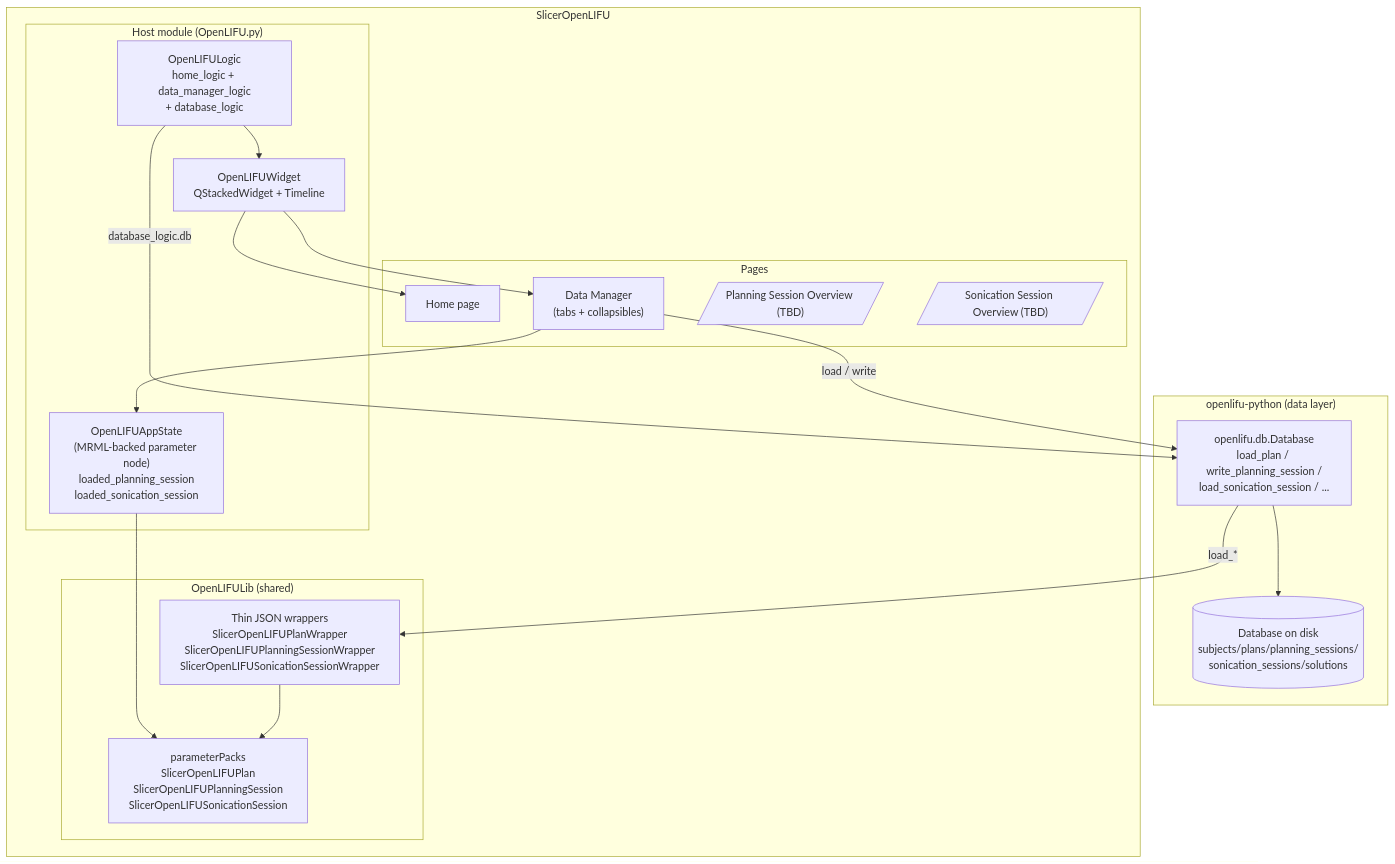
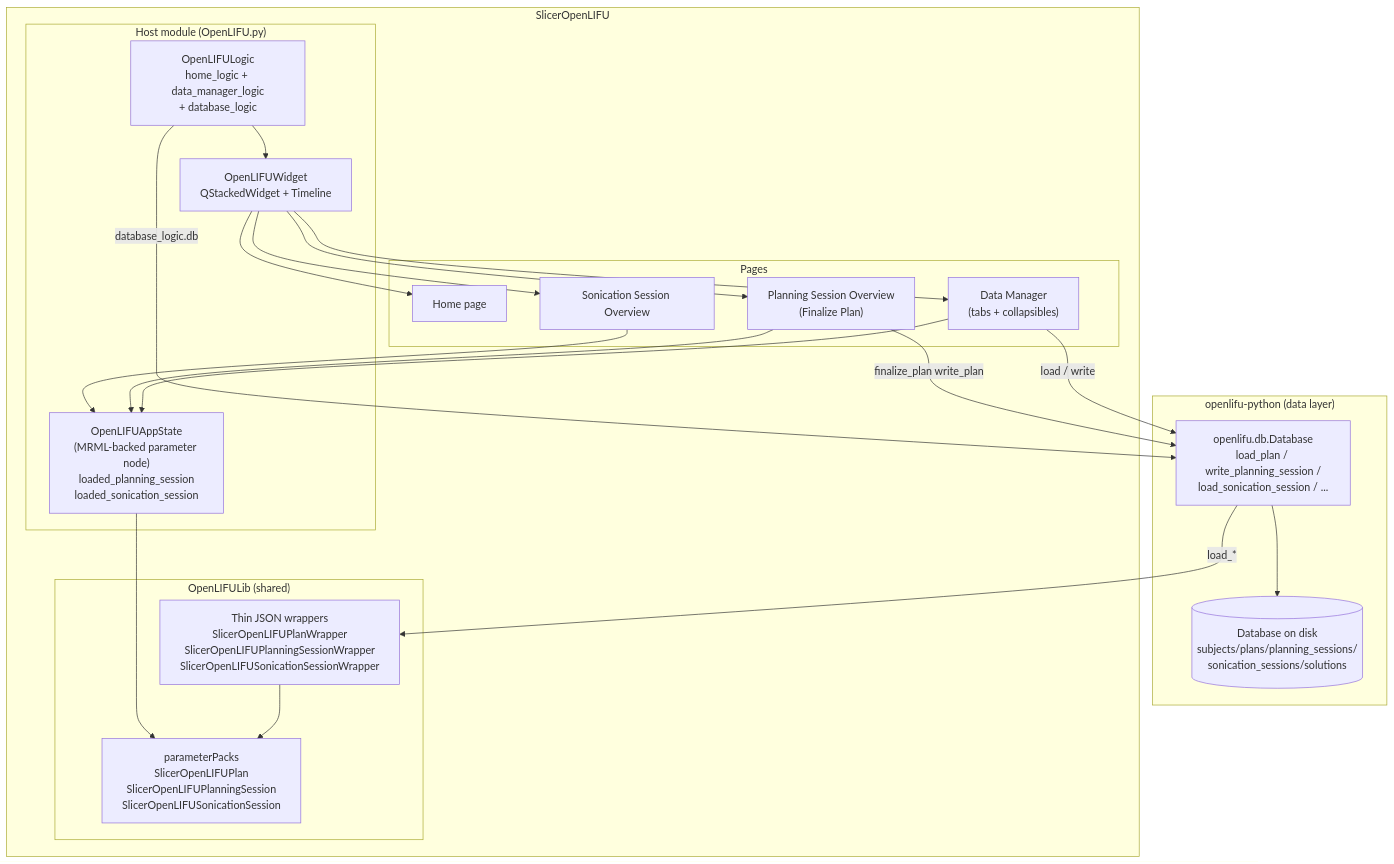
Before and after one commit to OpenwaterHealth/SlicerOpenLIFU: the first of 4 diagrams in docs/architecture.md, drawn with Mermaid. The commit also changed other lines of this file and 10 other files, not shown here.

First line of the commit message:
Add Planning + Sonication Session Overview pages + Finalize Plan (#633)

````diff
--- a/docs/architecture.md
+++ b/docs/architecture.md
@@ -38,38 +38,43 @@
 ```mermaid
 flowchart TB
     subgraph OP["openlifu-python (data layer)"]
       DB[(Database on disk<br/>subjects/plans/planning_sessions/<br/>sonication_sessions/solutions)]
       DBAPI["openlifu.db.Database<br/>load_plan / write_planning_session /<br/>load_sonication_session / ..."]
       DBAPI --> DB
     end
 
     subgraph SO["SlicerOpenLIFU"]
       subgraph LIB["OpenLIFULib (shared)"]
         WRAPPERS["Thin JSON wrappers<br/>SlicerOpenLIFUPlanWrapper<br/>SlicerOpenLIFUPlanningSessionWrapper<br/>SlicerOpenLIFUSonicationSessionWrapper"]
         PACKS["parameterPacks<br/>SlicerOpenLIFUPlan<br/>SlicerOpenLIFUPlanningSession<br/>SlicerOpenLIFUSonicationSession"]
         WRAPPERS --> PACKS
       end
 
       subgraph HOST["Host module (OpenLIFU.py)"]
         HOSTLOGIC["OpenLIFULogic<br/>home_logic + data_manager_logic<br/>+ database_logic"]
         HOSTWIDGET["OpenLIFUWidget<br/>QStackedWidget + Timeline"]
         APPSTATE["OpenLIFUAppState<br/>(MRML-backed parameter node)<br/>loaded_planning_session<br/>loaded_sonication_session"]
       end
 
       subgraph PAGES["Pages"]
         HOME["Home page"]
         DATAMGR["Data Manager<br/>(tabs + collapsibles)"]
-        PSO[/"Planning Session Overview (TBD)"/]
-        SSO[/"Sonication Session Overview (TBD)"/]
+        PSO["Planning Session Overview<br/>(Finalize Plan)"]
+        SSO["Sonication Session Overview"]
       end
 
       HOSTLOGIC --> HOSTWIDGET
       HOSTWIDGET --> HOME
       HOSTWIDGET --> DATAMGR
+      HOSTWIDGET --> PSO
+      HOSTWIDGET --> SSO
       DATAMGR --> APPSTATE
+      PSO --> APPSTATE
+      SSO --> APPSTATE
       APPSTATE --> PACKS
       HOSTLOGIC -->|"database_logic.db"| DBAPI
       DATAMGR -->|"load / write"| DBAPI
+      PSO -->|"finalize_plan write_plan"| DBAPI
       DBAPI -->|"load_*"| WRAPPERS
     end
 ```
````
